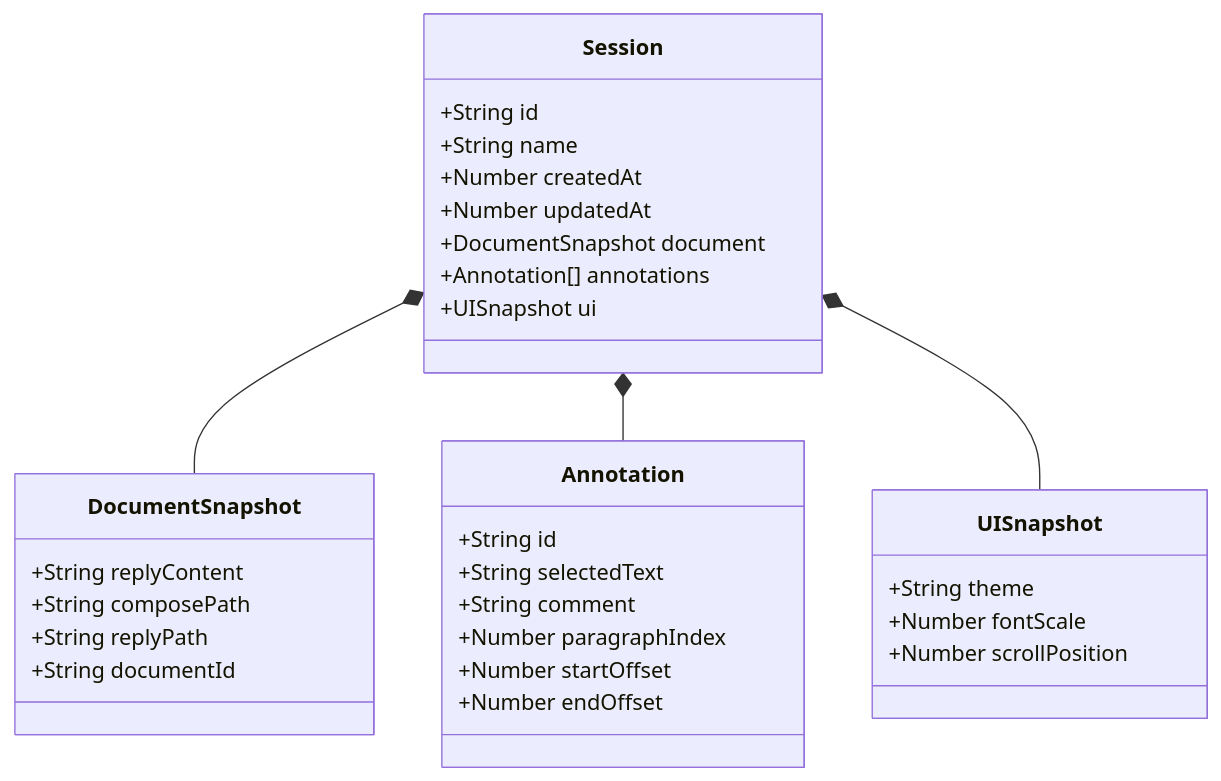
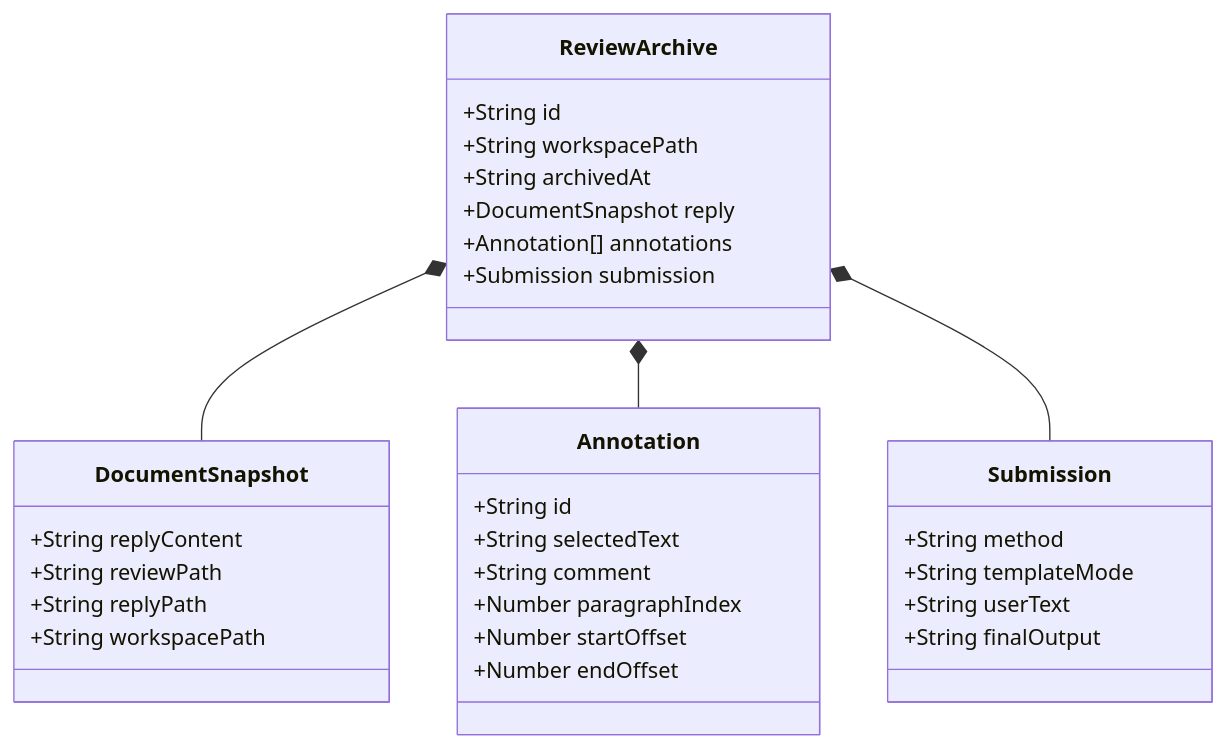
Before and after one commit to BobDLA/cliv: diagram 14 of 22 in docs/demo/demo.md, drawn with Mermaid. The commit also changed other lines of this file and 30 other files, not shown here.

Commit message:
feat: archive project review history

````diff
--- a/docs/demo/demo.md
+++ b/docs/demo/demo.md
@@ -781,38 +776,38 @@
 ```mermaid
 classDiagram
-    class Session {
+    class ReviewArchive {
         +String id
-        +String name
-        +Number createdAt
-        +Number updatedAt
-        +DocumentSnapshot document
+        +String workspacePath
+        +String archivedAt
+        +DocumentSnapshot reply
         +Annotation[] annotations
-        +UISnapshot ui
+        +Submission submission
     }
 
     class DocumentSnapshot {
         +String replyContent
-        +String composePath
+        +String reviewPath
         +String replyPath
-        +String documentId
+        +String workspacePath
     }
 
     class Annotation {
         +String id
         +String selectedText
         +String comment
         +Number paragraphIndex
         +Number startOffset
         +Number endOffset
     }
 
-    class UISnapshot {
-        +String theme
-        +Number fontScale
-        +Number scrollPosition
+    class Submission {
+        +String method
+        +String templateMode
+        +String userText
+        +String finalOutput
     }
 
-    Session *-- DocumentSnapshot
-    Session *-- Annotation
-    Session *-- UISnapshot
+    ReviewArchive *-- DocumentSnapshot
+    ReviewArchive *-- Annotation
+    ReviewArchive *-- Submission
 ```
````
